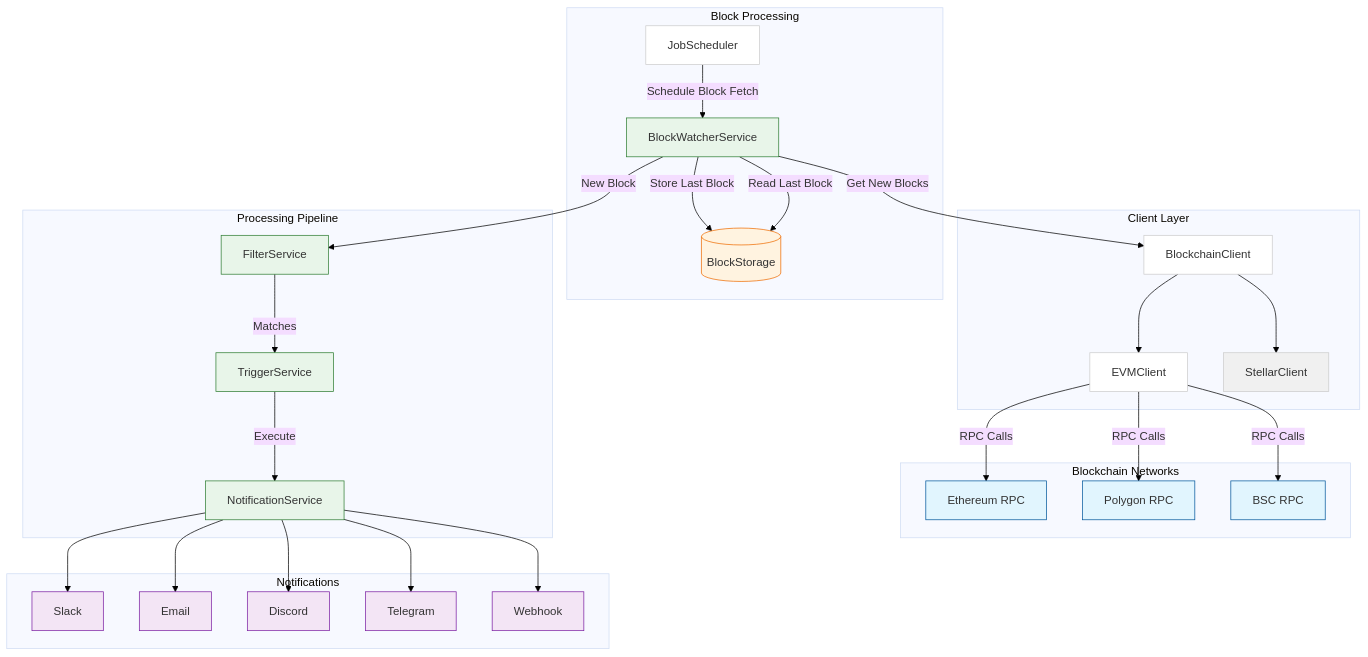
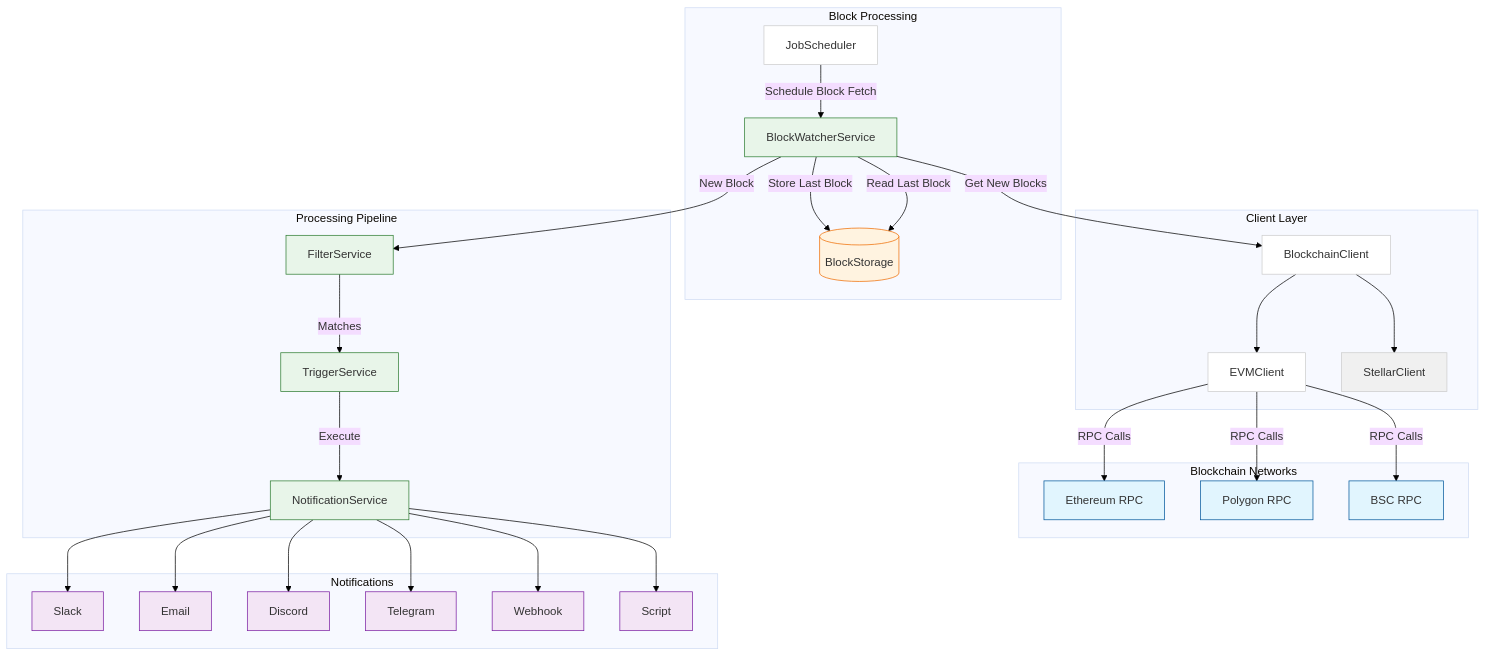
Before and after one commit to stevedylandev/openzeppelin-monitor: the diagram in docs/modules/ROOT/pages/index.adoc, drawn with Mermaid. The commit also changed other lines of this file and 2 other files, not shown here.

Commit message:
fix: PLAT-6301 Remove logic for checking file descriptors open and fixing readme (#90)
* fix: Removing logic for file desciptors

* fix: Fixing README file

* fix: Fixing antora docs

```diff
--- a/docs/modules/ROOT/pages/index.adoc
+++ b/docs/modules/ROOT/pages/index.adoc
@@ -38,78 +38,80 @@
 [mermaid,width=100%]
 ....
 %%{init: {
     'theme': 'base',
     'themeVariables': {
         'background': '#ffffff',
         'mainBkg': '#ffffff',
         'primaryBorderColor': '#cccccc'
     }
 }}%%
 graph TD
     subgraph Blockchain Networks
         ETH[Ethereum RPC]
         POL[Polygon RPC]
         BSC[BSC RPC]
     end
 
     subgraph Block Processing
         BW[BlockWatcherService]
         BS[(BlockStorage)]
         JS[JobScheduler]
     end
 
     subgraph Client Layer
         BC[BlockchainClient]
         EVM[EVMClient]
         STL[StellarClient]
     end
 
     subgraph Processing Pipeline
         FS[FilterService]
         TS[TriggerService]
         NS[NotificationService]
     end
 
     subgraph Notifications
         Slack
         Email
         Discord
         Telegram
         Webhook
+        Script
     end
 
     %% Block Processing Flow
     JS -->|Schedule Block Fetch| BW
     BW -->|Store Last Block| BS
     BW -->|Read Last Block| BS
     BW -->|Get New Blocks| BC
 
     %% Client Connections
     BC --> EVM
     BC --> STL
     EVM -->|RPC Calls| ETH
     EVM -->|RPC Calls| POL
     EVM -->|RPC Calls| BSC
 
     %% Processing Flow
     BW -->|New Block| FS
     FS -->|Matches| TS
     TS -->|Execute| NS
     NS --> Slack
     NS --> Email
     NS --> Discord
     NS --> Telegram
     NS --> Webhook
+    NS --> Script
 
     style STL fill:#f0f0f0
 
     classDef rpc fill:#e1f5fe,stroke:#01579b
     classDef storage fill:#fff3e0,stroke:#ef6c00
     classDef service fill:#e8f5e9,stroke:#2e7d32
     classDef notification fill:#f3e5f5,stroke:#7b1fa2
 
     class ETH,POL,BSC rpc
     class BS storage
     class BW,FS,TS,NS service
-    class Slack,Email,Discord,Telegram,Webhook notification
+    class Slack,Email,Discord,Telegram,Webhook,Script notification
 ....
```
